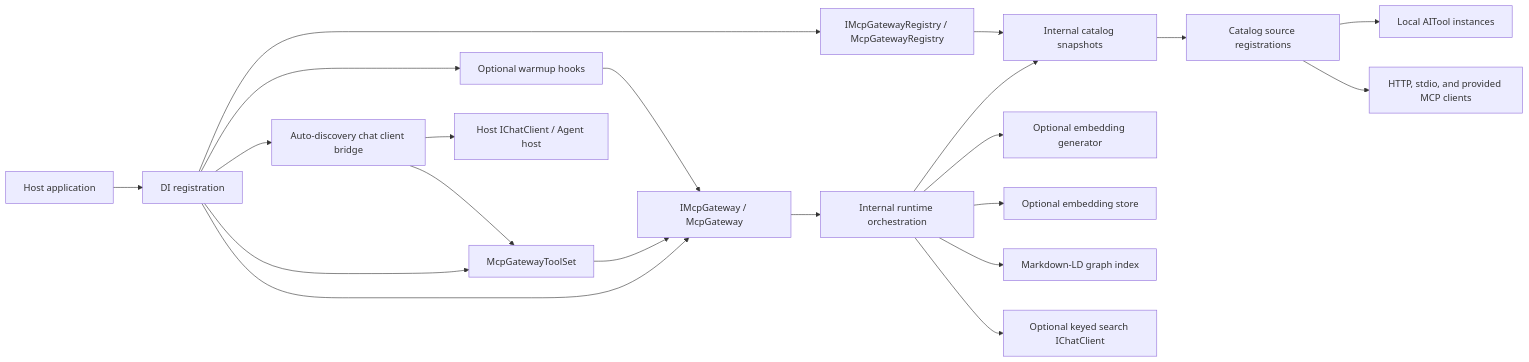
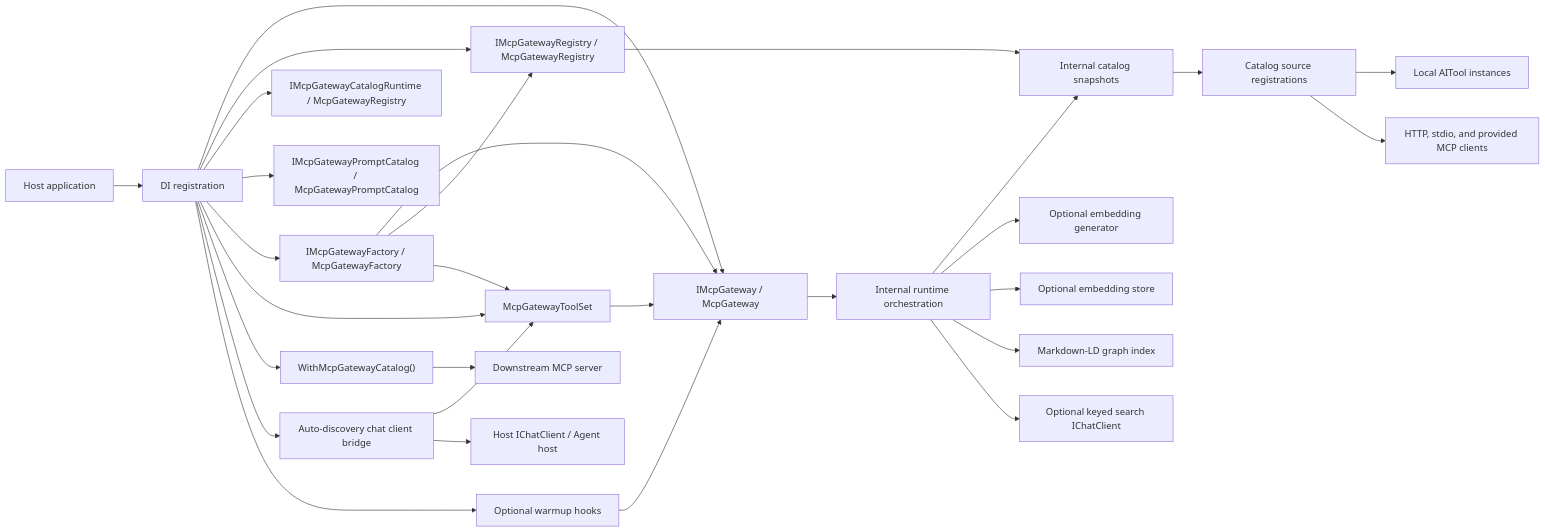
The second of 4 diagrams in docs/Architecture/Overview.md (managedcode/MCPGateway), drawn with Mermaid before and after one commit. The commit also changed other lines of this file and 30 other files, not shown here.

````diff
--- a/docs/Architecture/Overview.md
+++ b/docs/Architecture/Overview.md
@@ -49,23 +54,31 @@
 ```mermaid
 flowchart LR
     Host["Host application"] --> DI["DI registration"]
     DI --> Facade["IMcpGateway / McpGateway"]
     DI --> Registry["IMcpGatewayRegistry / McpGatewayRegistry"]
+    DI --> CatalogRuntime["IMcpGatewayCatalogRuntime / McpGatewayRegistry"]
+    DI --> PromptCatalog["IMcpGatewayPromptCatalog / McpGatewayPromptCatalog"]
+    DI --> Factory["IMcpGatewayFactory / McpGatewayFactory"]
     DI --> ToolSet["McpGatewayToolSet"]
+    DI --> McpServerExport["WithMcpGatewayCatalog()"]
     DI --> AutoDiscovery["Auto-discovery chat client bridge"]
     DI --> Warmup["Optional warmup hooks"]
+    Factory --> Facade
+    Factory --> Registry
+    Factory --> ToolSet
     ToolSet --> Facade
     AutoDiscovery --> ToolSet
     AutoDiscovery --> HostChat["Host IChatClient / Agent host"]
     Warmup --> Facade
     Facade --> Runtime["Internal runtime orchestration"]
     Runtime --> Catalog["Internal catalog snapshots"]
     Registry --> Catalog
     Catalog --> Sources["Catalog source registrations"]
     Sources --> Local["Local AITool instances"]
     Sources --> MCP["HTTP, stdio, and provided MCP clients"]
+    McpServerExport --> ExportedMcp["Downstream MCP server"]
     Runtime --> Embedder["Optional embedding generator"]
     Runtime --> Store["Optional embedding store"]
     Runtime --> Graph["Markdown-LD graph index"]
     Runtime --> Normalizer["Optional keyed search IChatClient"]
 ```
````
